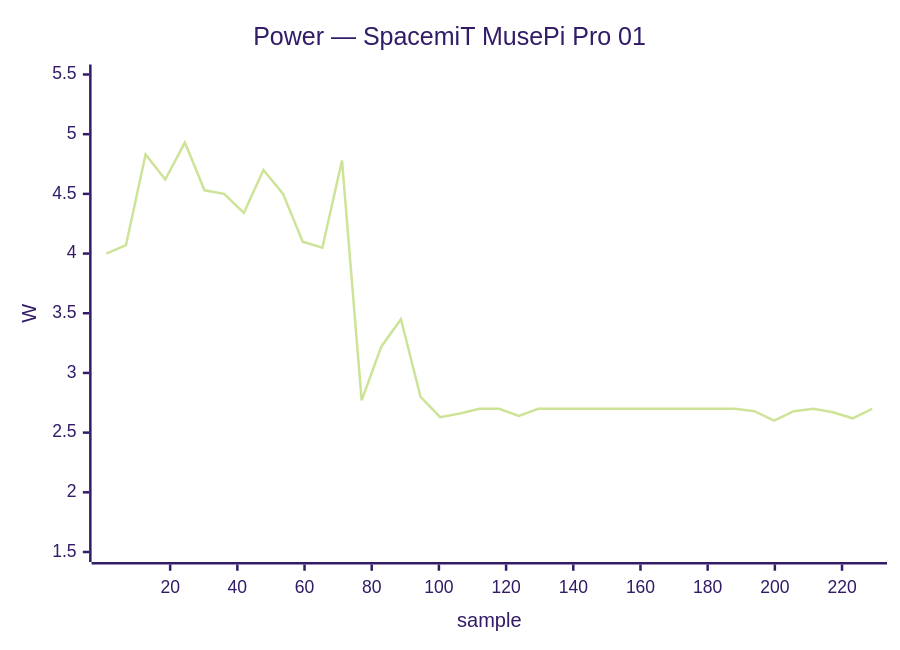
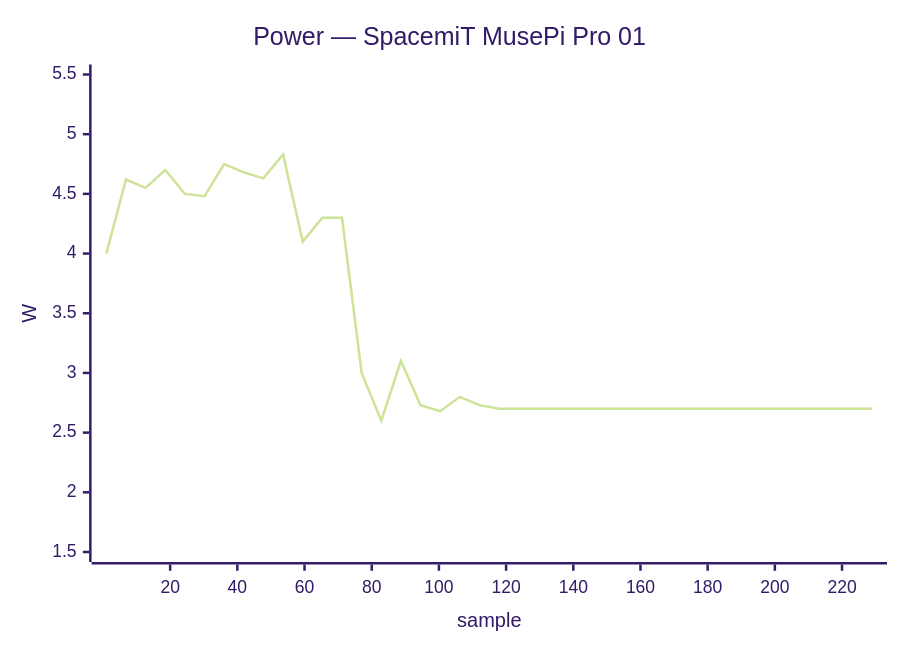
The fifth of 33 diagrams in docs/status/board-tests.md (armbian/documentation), drawn with Mermaid (forest theme) before and after one commit. The commit also changed other lines of this file, not shown here.

````diff
--- a/docs/status/board-tests.md
+++ b/docs/status/board-tests.md
@@ -213,7 +213,7 @@
 ```mermaid
 xychart-beta
     title "Power — SpacemiT MusePi Pro 01"
     x-axis "sample" 1 --> 229
     y-axis "W" 1.5 --> 5.5
-    line [4.00, 4.07, 4.83, 4.62, 4.93, 4.53, 4.50, 4.34, 4.70, 4.50, 4.10, 4.05, 4.78, 2.77, 3.22, 3.45, 2.80, 2.63, 2.66, 2.70, 2.70, 2.64, 2.70, 2.70, 2.70, 2.70, 2.70, 2.70, 2.70, 2.70, 2.70, 2.70, 2.70, 2.68, 2.60, 2.68, 2.70, 2.67, 2.62, 2.70]
+    line [4.00, 4.62, 4.55, 4.70, 4.50, 4.48, 4.75, 4.68, 4.63, 4.83, 4.10, 4.30, 4.30, 3.00, 2.60, 3.10, 2.73, 2.68, 2.80, 2.73, 2.70, 2.70, 2.70, 2.70, 2.70, 2.70, 2.70, 2.70, 2.70, 2.70, 2.70, 2.70, 2.70, 2.70, 2.70, 2.70, 2.70, 2.70, 2.70, 2.70]
 ```
````
